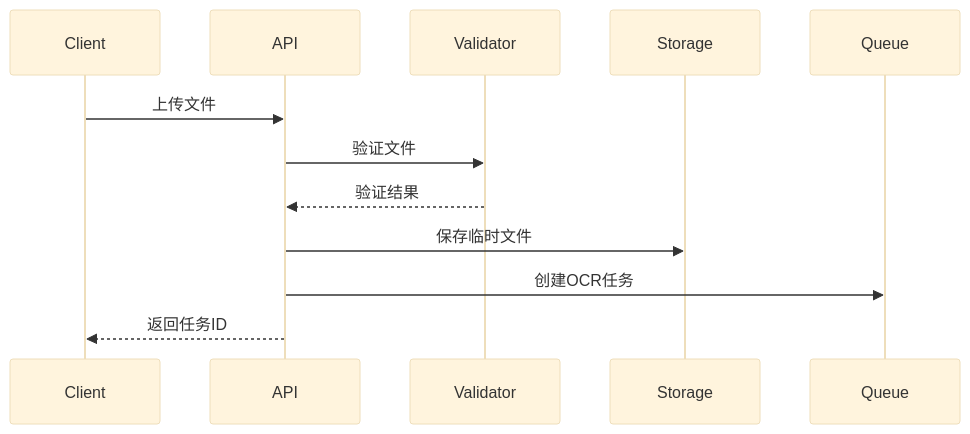
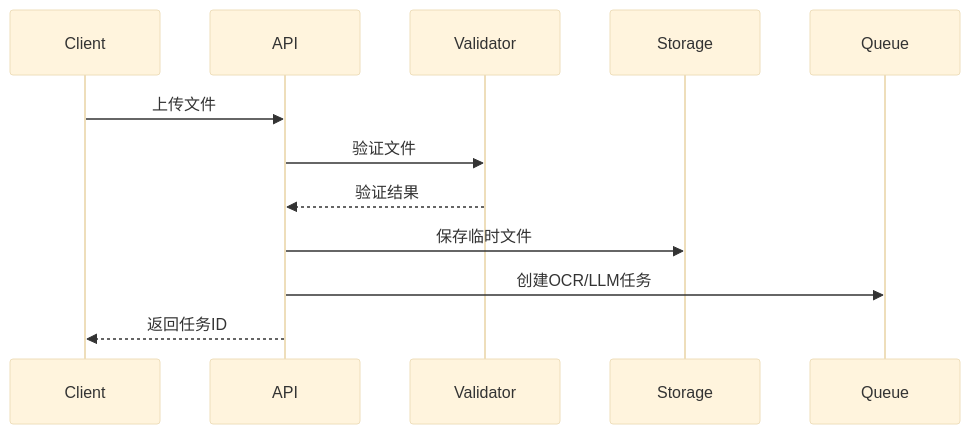
The first of 3 diagrams in DESIGN.md (hibernate-pano/py-ocr), drawn with Mermaid (base theme) before and after one commit. The commit also changed other lines of this file and 10 other files, not shown here.

````diff
--- a/DESIGN.md
+++ b/DESIGN.md
@@ -157,15 +163,15 @@
 ```mermaid
 sequenceDiagram
     participant Client
     participant API
     participant Validator
     participant Storage
     participant Queue
 
     Client->>API: 上传文件
     API->>Validator: 验证文件
     Validator-->>API: 验证结果
     API->>Storage: 保存临时文件
-    API->>Queue: 创建OCR任务
+    API->>Queue: 创建OCR/LLM任务
     API-->>Client: 返回任务ID
 ```
````
